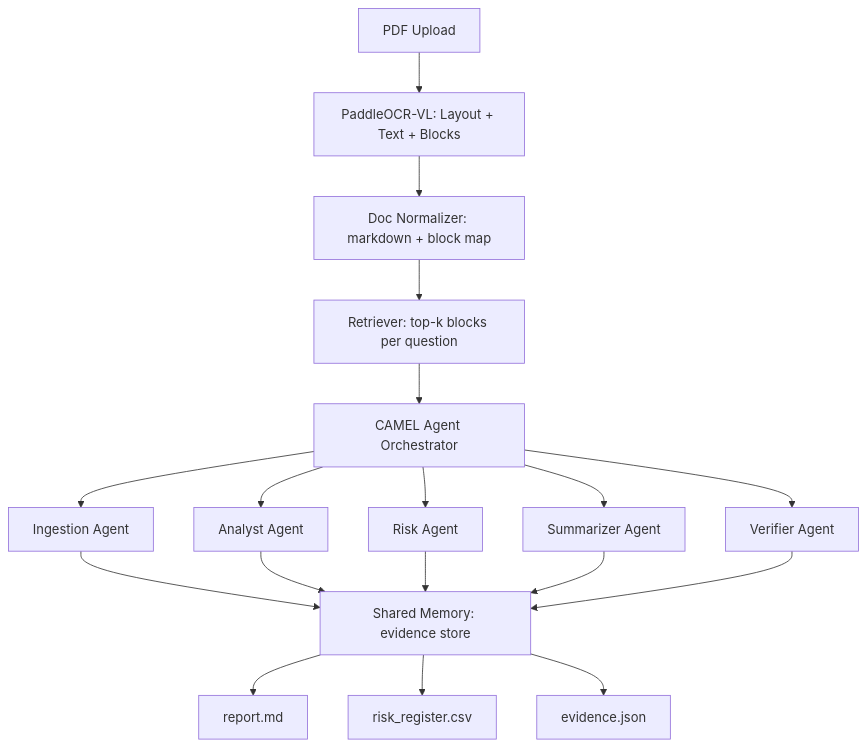
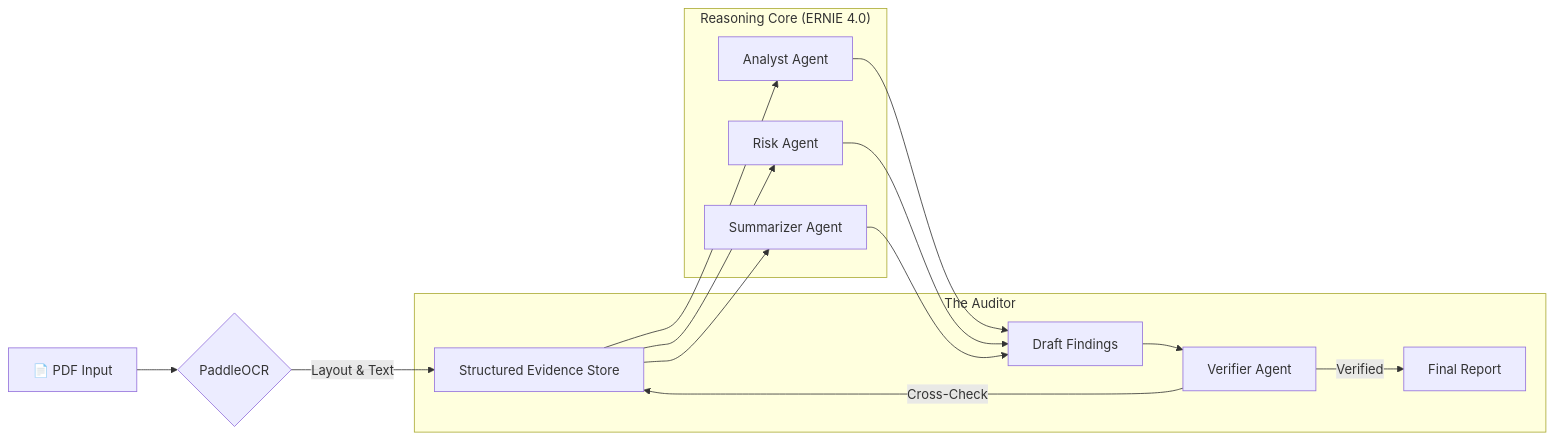
The diagram in README.md (samalpartha/docupilot), drawn with Mermaid before and after one commit. The commit also changed other lines of this file and 25 other files, not shown here.

Commit message:
Final Hackathon Submission: Real PaddleOCR, 100% Tests, UI Polish

````diff
--- a/README.md
+++ b/README.md
@@ -82,23 +58,20 @@
 ```mermaid
-flowchart TD
-    A[PDF Upload] --> B[PaddleOCR-VL: Layout + Text + Blocks]
-    B --> C[Doc Normalizer: markdown + block map]
-    C --> D[Retriever: top-k blocks per question]
-    D --> E[CAMEL Agent Orchestrator]
-
-    E --> F1[Ingestion Agent]
-    E --> F2[Analyst Agent]
-    E --> F3[Risk Agent]
-    E --> F4[Summarizer Agent]
-    E --> F5[Verifier Agent]
-
-    F1 --> G[Shared Memory: evidence store]
-    F2 --> G
-    F3 --> G
-    F4 --> G
-    F5 --> G
-
-    G --> H1[report.md]
-    G --> H2[risk_register.csv]
-    G --> H3[evidence.json]
+flowchart LR
+    A[📄 PDF Input] --> B{PaddleOCR}
+    B -->|Layout & Text| C[Structured Evidence Store]
+    
+    subgraph "Reasoning Core (ERNIE 4.0)"
+        D[Analyst Agent]
+        E[Risk Agent]
+        F[Summarizer Agent]
+    end
+    
+    C --> D & E & F
+    D & E & F --> G[Draft Findings]
+    
+    subgraph "The Auditor"
+        G --> H[Verifier Agent]
+        H -->|Cross-Check| C
+        H -- "Verified" --> I[Final Report]
+    end
 ```
````
